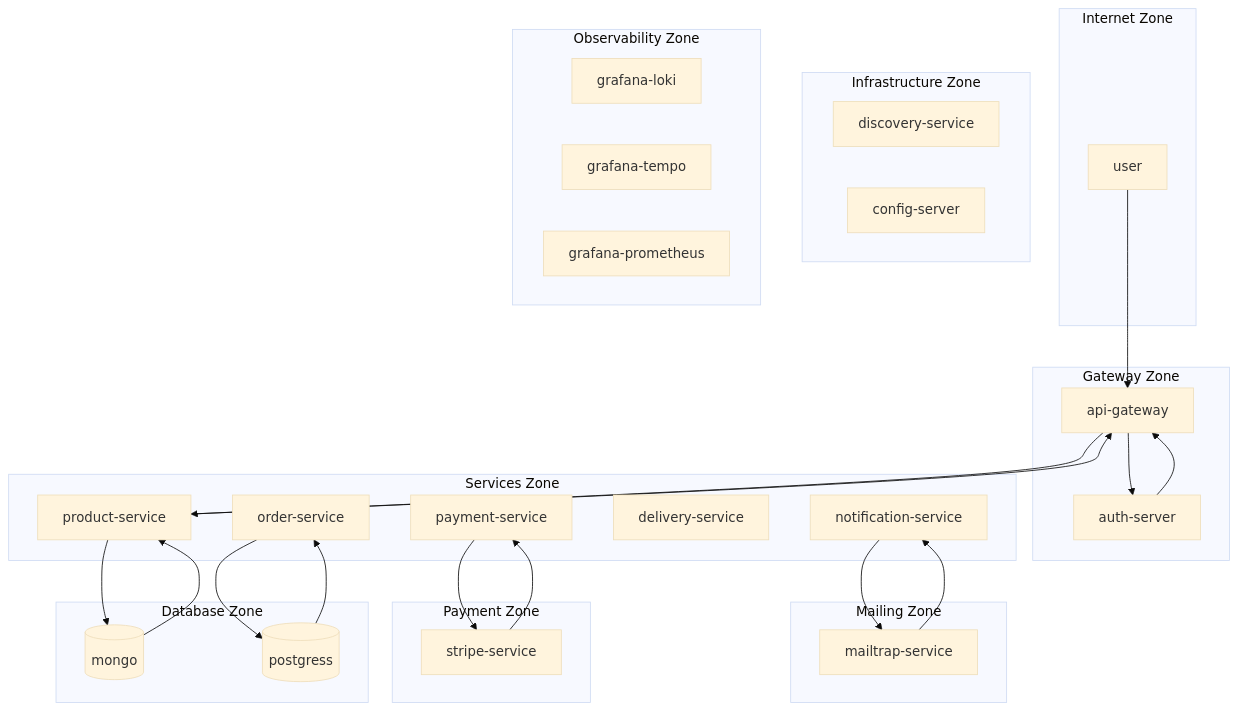
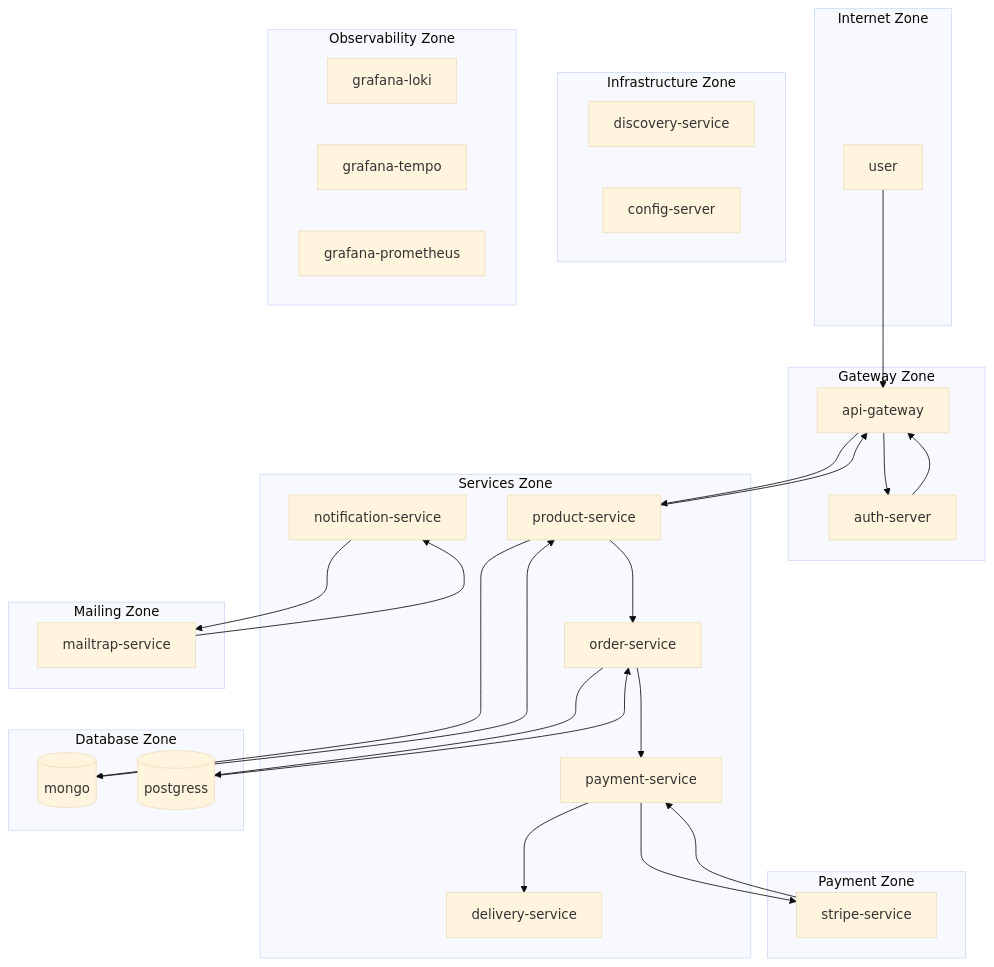
One commit to wisniewskikr/mermaid changed the diagram in ecommerce-virtual.md. Above: the diagram before and after it, drawn with Mermaid (base theme).

Commit message:
Add flow

````diff
--- a/ecommerce-virtual.md
+++ b/ecommerce-virtual.md
@@ -1,65 +1,71 @@
 ``` mermaid
     flowchart
 
         subgraph Internet Zone
             user
         end
 
         subgraph Gateway Zone
             api-gateway
             auth-server
         end
         
         subgraph Services Zone
             product-service
             order-service
             payment-service
             delivery-service
             notification-service            
         end
 
         subgraph Infrastructure Zone           
             discovery-service
             config-server            
         end
 
         subgraph Observability Zone
             grafana-loki
             grafana-tempo
             grafana-prometheus 
         end
 
         subgraph Mailing Zone
             mailtrap-service
         end
 
         subgraph Payment Zone
             stripe-service
         end
 
         subgraph Database Zone
             mongo[(mongo)]
             postgress[(postgress)]
         end
 
         user --> api-gateway
 
         api-gateway --> auth-server
-        auth-server --> api-gateway
-
-        api-gateway --> product-service
-        product-service --> api-gateway
+        auth-server --> api-gateway        
 
         payment-service --> stripe-service
         stripe-service --> payment-service
 
         notification-service --> mailtrap-service
         mailtrap-service --> notification-service
 
         product-service --> mongo
         mongo --> product-service
 
         order-service --> postgress
         postgress --> order-service
 
+        api-gateway --> product-service
+        product-service --> api-gateway
+
+        product-service --> order-service
+
+        order-service --> payment-service
+
+        payment-service --> delivery-service
+
 ```
````
